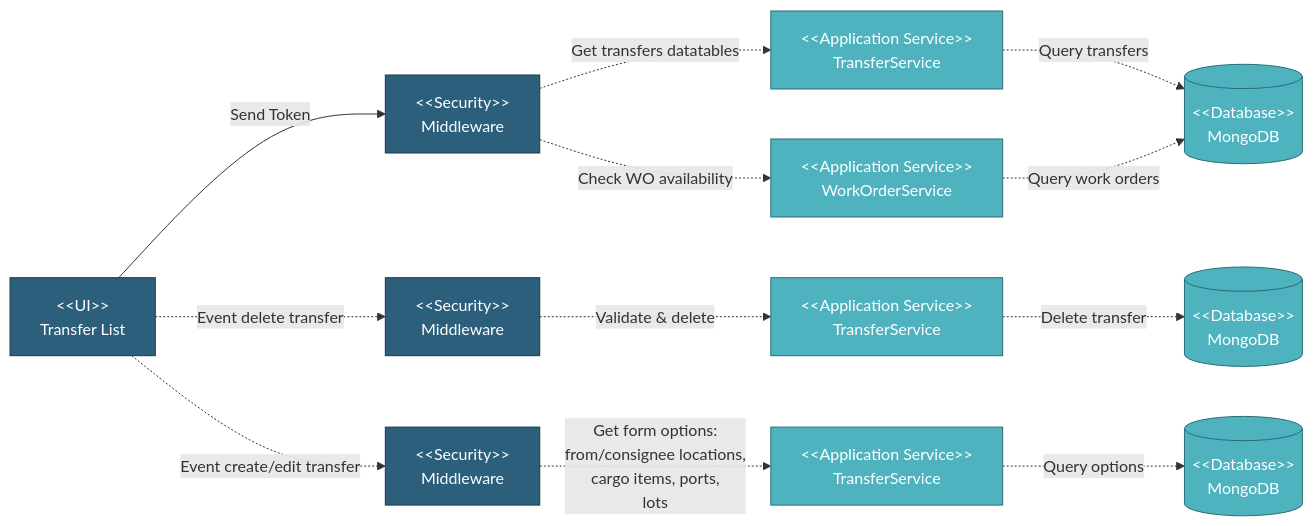
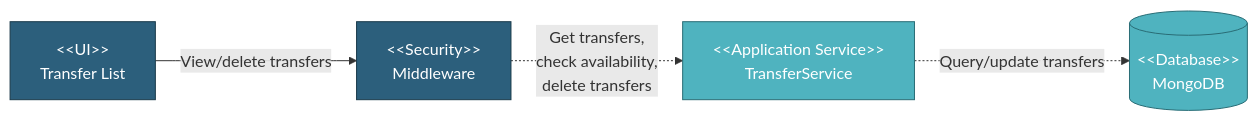
The diagram in docs/TDD/05-Component-Design/5.5-Transfer-Module/5.5.1-Transfer-List-Page.md (faizalmuzakki/pipeline-docs), drawn with Mermaid before and after one commit. The commit also changed 4 other files, not shown here.

````diff
--- a/docs/TDD/05-Component-Design/5.5-Transfer-Module/5.5.1-Transfer-List-Page.md
+++ b/docs/TDD/05-Component-Design/5.5-Transfer-Module/5.5.1-Transfer-List-Page.md
@@ -7,42 +9,16 @@
 ```mermaid
 graph LR
-    UI["&lt;&lt;UI&gt;&gt;<br/>Transfer List"]
-    SEC1["&lt;&lt;Security&gt;&gt;<br/>Middleware"]
-    SEC2["&lt;&lt;Security&gt;&gt;<br/>Middleware"]
-    SEC3["&lt;&lt;Security&gt;&gt;<br/>Middleware"]
+    UI_LIST["&lt;&lt;UI&gt;&gt;<br/>Transfer List"]
+    SEC["&lt;&lt;Security&gt;&gt;<br/>Middleware"]
+    TRANSFER_SVC["&lt;&lt;Application Service&gt;&gt;<br/>TransferService"]
+    DB[("&lt;&lt;Database&gt;&gt;<br/>MongoDB")]
 
-    TRANS_SVC1["&lt;&lt;Application Service&gt;&gt;<br/>TransferService"]
-    TRANS_SVC2["&lt;&lt;Application Service&gt;&gt;<br/>TransferService"]
-    TRANS_SVC3["&lt;&lt;Application Service&gt;&gt;<br/>TransferService"]
-    WO_SVC["&lt;&lt;Application Service&gt;&gt;<br/>WorkOrderService"]
+    UI_LIST -->|View/delete transfers| SEC
+    SEC -.->|Get transfers,<br/>check availability,<br/>delete transfers| TRANSFER_SVC
+    TRANSFER_SVC -.->|Query/update transfers| DB
 
-    DB1[("&lt;&lt;Database&gt;&gt;<br/>MongoDB")]
-    DB2[("&lt;&lt;Database&gt;&gt;<br/>MongoDB")]
-    DB3[("&lt;&lt;Database&gt;&gt;<br/>MongoDB")]
-
-    UI -->|Send Token| SEC1
-    SEC1 -.->|Get transfers datatables| TRANS_SVC1
-    TRANS_SVC1 -.->|Query transfers| DB1
-    SEC1 -.->|Check WO availability| WO_SVC
-    WO_SVC -.->|Query work orders| DB1
-
-    UI -.->|Event delete transfer| SEC2
-    SEC2 -.->|Validate & delete| TRANS_SVC2
-    TRANS_SVC2 -.->|Delete transfer| DB2
-
-    UI -.->|Event create/edit transfer| SEC3
-    SEC3 -.->|Get form options:<br/>from/consignee locations,<br/>cargo items, ports,<br/> lots| TRANS_SVC3
-    TRANS_SVC3 -.->|Query options| DB3
-
-    style UI fill:#2C5F7C,stroke:#1a3a4a,color:#fff
-    style SEC1 fill:#2C5F7C,stroke:#1a3a4a,color:#fff
-    style SEC2 fill:#2C5F7C,stroke:#1a3a4a,color:#fff
-    style SEC3 fill:#2C5F7C,stroke:#1a3a4a,color:#fff
-    style TRANS_SVC1 fill:#4FB3BF,stroke:#2a6d76,color:#fff
-    style TRANS_SVC2 fill:#4FB3BF,stroke:#2a6d76,color:#fff
-    style TRANS_SVC3 fill:#4FB3BF,stroke:#2a6d76,color:#fff
-    style WO_SVC fill:#4FB3BF,stroke:#2a6d76,color:#fff
-    style DB1 fill:#4FB3BF,stroke:#2a6d76,color:#fff
-    style DB2 fill:#4FB3BF,stroke:#2a6d76,color:#fff
-    style DB3 fill:#4FB3BF,stroke:#2a6d76,color:#fff
+    style UI_LIST fill:#2C5F7C,stroke:#1a3a4a,color:#fff
+    style SEC fill:#2C5F7C,stroke:#1a3a4a,color:#fff
+    style TRANSFER_SVC fill:#4FB3BF,stroke:#2a6d76,color:#fff
+    style DB fill:#4FB3BF,stroke:#2a6d76,color:#fff
 ```
````
